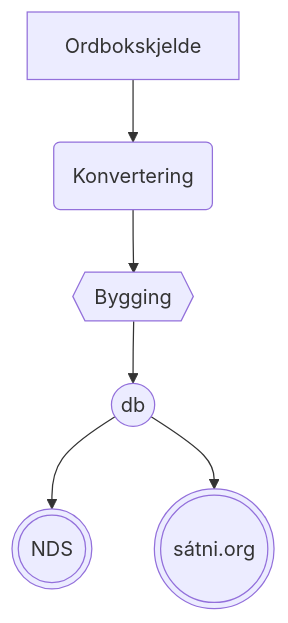
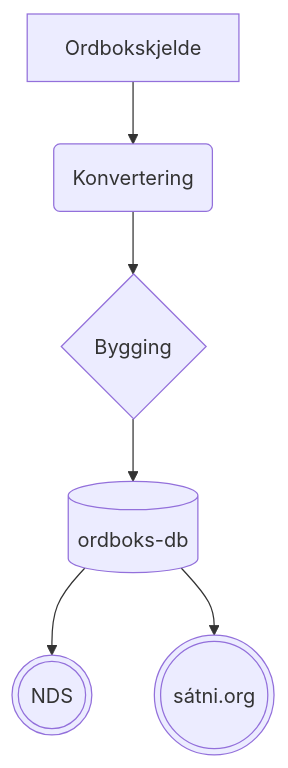
One commit to divvungiellatekno/giellalt.uit.no changed the second of 2 diagrams in admin/meetings/2023-10-25-infra.md. Above: the diagram before and after it, drawn with Mermaid. The commit also changed other lines of this file, not shown here.

Commit message:
Betre(?) format på Mermaid-diagramma

````diff
--- a/admin/meetings/2023-10-25-infra.md
+++ b/admin/meetings/2023-10-25-infra.md
@@ -96,5 +96,5 @@
 ```mermaid
 flowchart TD
-  A[Ordbokskjelde] --> B(Konvertering) --> C{{Bygging}} --> D((db)) --> E(((NDS)))
-  D((db)) --> I(((sátni.org)))
+  A[Ordbokskjelde] --> B(Konvertering) --> C{Bygging} --> D[(ordboks-db)] --> E(((NDS)))
+  D[(ordboks-db)] --> I(((sátni.org)))
 ```
````
